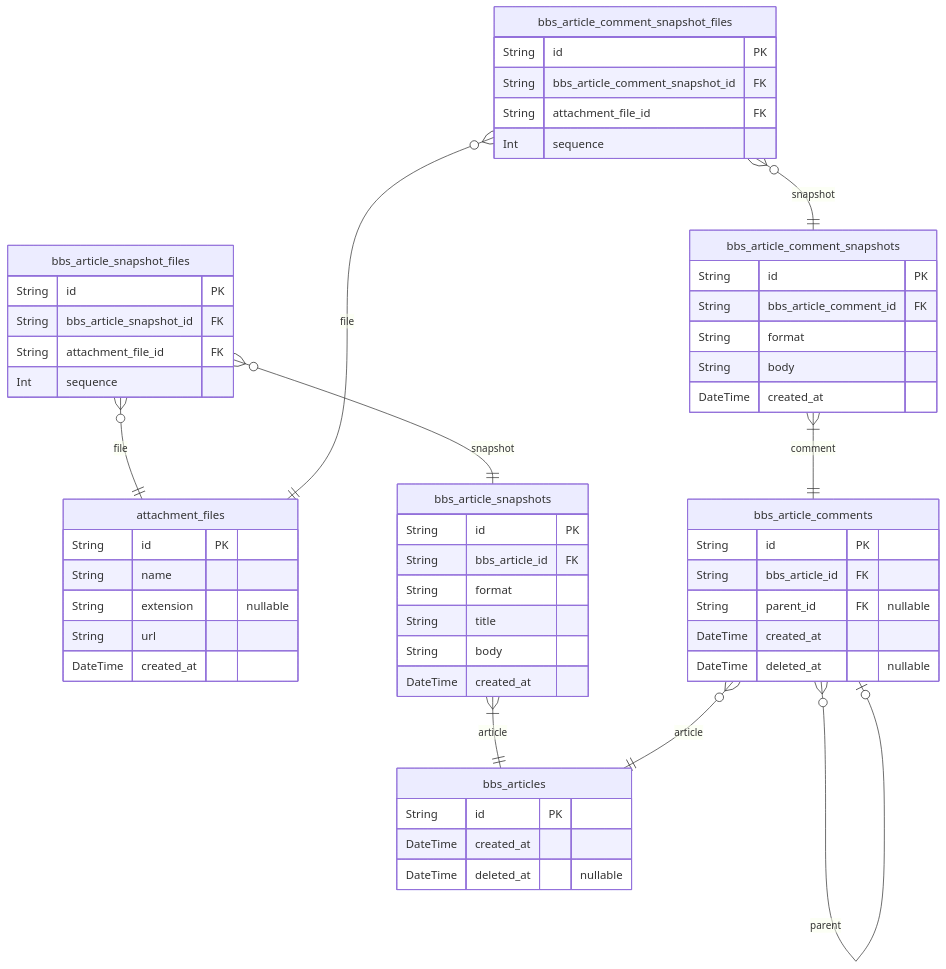
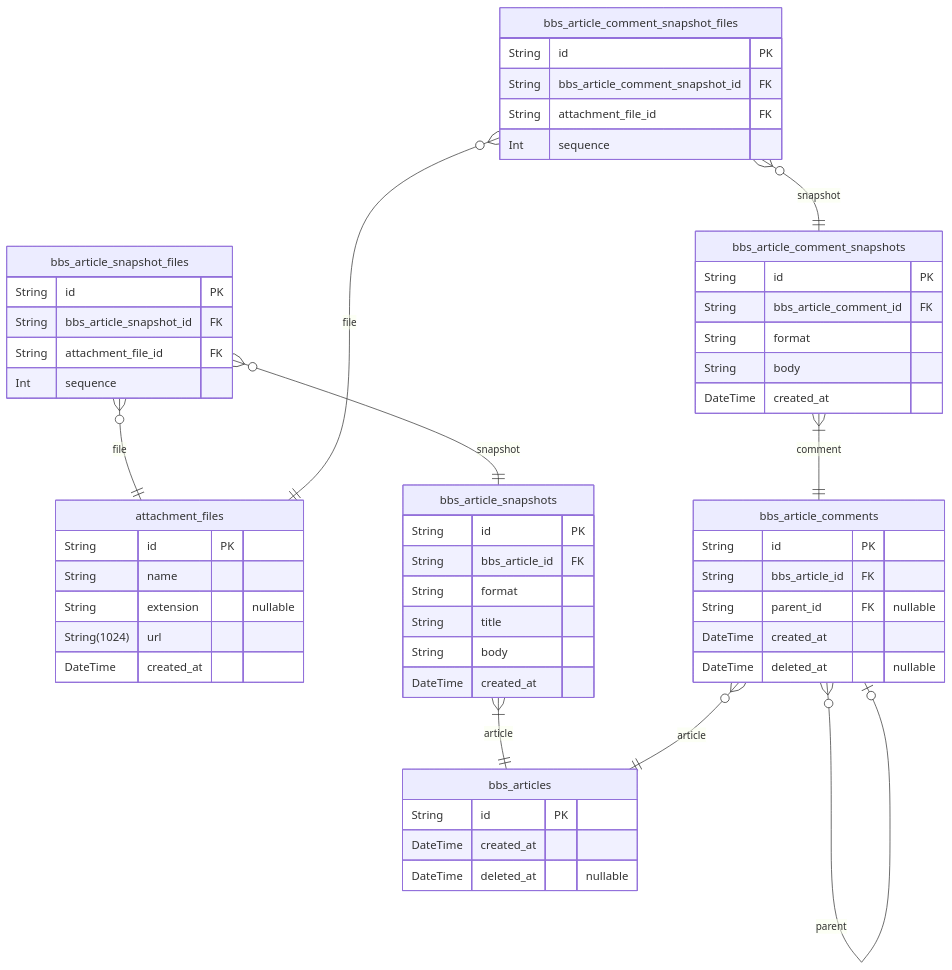
One commit to samchon/shopping-backend changed the first of 10 diagrams in docs/ERD.md. Above: the diagram before and after it, drawn with Mermaid. The commit also changed other lines of this file and 1 other file, not shown here.

Commit message:
Fix ERD generated location

````diff
--- a/docs/ERD.md
+++ b/docs/ERD.md
@@ -16,57 +16,57 @@
 ```mermaid
 erDiagram
 "attachment_files" {
   String id PK
   String name
   String extension "nullable"
-  String url
+  String(1024) url
   DateTime created_at
 }
 "bbs_articles" {
   String id PK
   DateTime created_at
   DateTime deleted_at "nullable"
 }
 "bbs_article_snapshots" {
   String id PK
   String bbs_article_id FK
   String format
   String title
   String body
   DateTime created_at
 }
 "bbs_article_snapshot_files" {
   String id PK
   String bbs_article_snapshot_id FK
   String attachment_file_id FK
   Int sequence
 }
 "bbs_article_comments" {
   String id PK
   String bbs_article_id FK
   String parent_id FK "nullable"
   DateTime created_at
   DateTime deleted_at "nullable"
 }
 "bbs_article_comment_snapshots" {
   String id PK
   String bbs_article_comment_id FK
   String format
   String body
   DateTime created_at
 }
 "bbs_article_comment_snapshot_files" {
   String id PK
   String bbs_article_comment_snapshot_id FK
   String attachment_file_id FK
   Int sequence
 }
 "bbs_article_snapshots" }|--|| "bbs_articles" : article
 "bbs_article_snapshot_files" }o--|| "bbs_article_snapshots" : snapshot
 "bbs_article_snapshot_files" }o--|| "attachment_files" : file
 "bbs_article_comments" }o--|| "bbs_articles" : article
 "bbs_article_comments" }o--o| "bbs_article_comments" : parent
 "bbs_article_comment_snapshots" }|--|| "bbs_article_comments" : comment
 "bbs_article_comment_snapshot_files" }o--|| "bbs_article_comment_snapshots" : snapshot
 "bbs_article_comment_snapshot_files" }o--|| "attachment_files" : file
 ```
````
